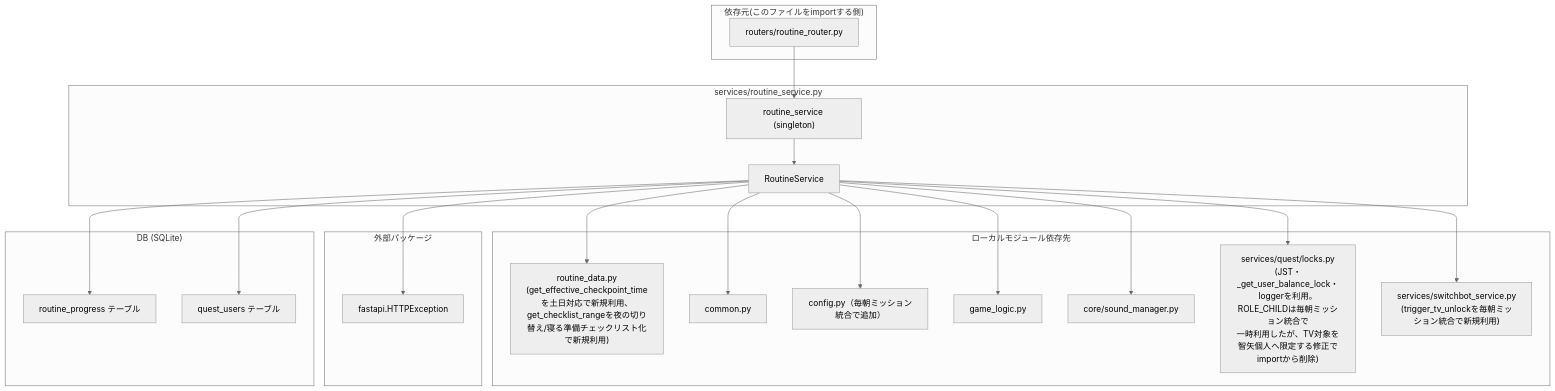
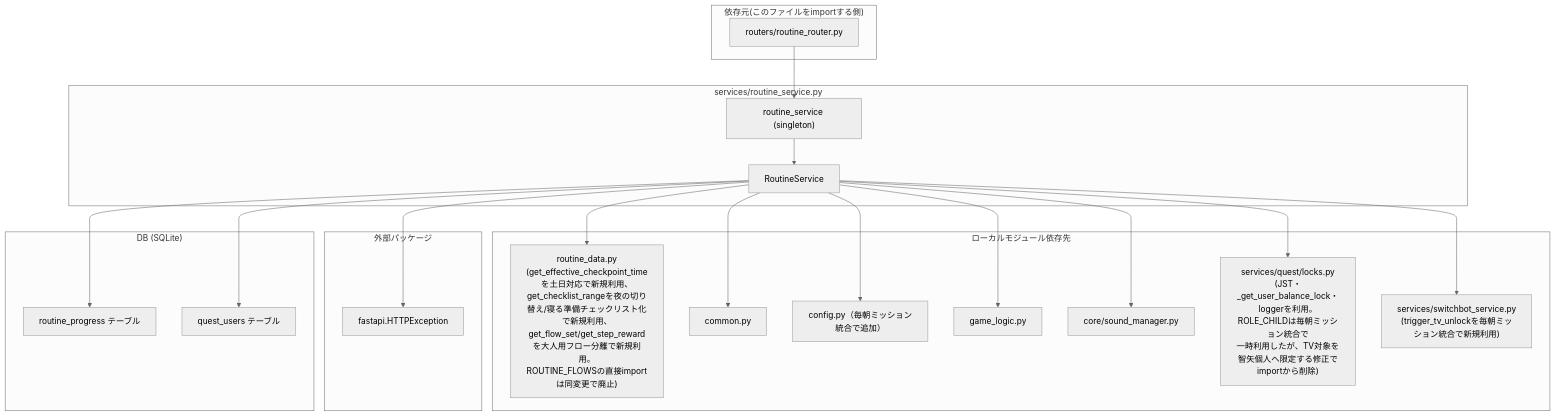
Before and after one commit to mmtigers/my_python_project: the fourth of 4 diagrams in docs/specifications/MY_HOME_SYSTEM/routine_service.md, drawn with Mermaid (neutral theme). The commit also changed other lines of this file and 19 other files, not shown here.

````diff
--- a/docs/specifications/MY_HOME_SYSTEM/routine_service.md
+++ b/docs/specifications/MY_HOME_SYSTEM/routine_service.md
@@ -674,49 +755,51 @@
 ```mermaid
 graph TD
     subgraph "services/routine_service.py"
         RoutineService
         routine_service_singleton["routine_service (singleton)"]
     end
 
     subgraph "ローカルモジュール依存先"
         routine_data["routine_data.py
 (get_effective_checkpoint_timeを土日対応で新規利用、
-get_checklist_rangeを夜の切り替え/寝る準備チェックリスト化で新規利用)"]
+get_checklist_rangeを夜の切り替え/寝る準備チェックリスト化で新規利用、
+get_flow_set/get_step_rewardを大人用フロー分離で新規利用。
+ROUTINE_FLOWSの直接importは同変更で廃止)"]
         common_mod["common.py"]
         config_mod["config.py（毎朝ミッション統合で追加）"]
         game_logic_mod["game_logic.py"]
         sound_manager_mod["core/sound_manager.py"]
         quest_locks["services/quest/locks.py
 (JST・_get_user_balance_lock・loggerを利用。ROLE_CHILDは毎朝ミッション統合で
 一時利用したが、TV対象を智矢個人へ限定する修正でimportから削除)"]
         switchbot_mod["services/switchbot_service.py
 (trigger_tv_unlockを毎朝ミッション統合で新規利用)"]
     end
 
     subgraph "外部パッケージ"
         fastapi_exc["fastapi.HTTPException"]
     end
 
     subgraph "DB (SQLite)"
         routine_progress_table["routine_progress テーブル"]
         quest_users_table["quest_users テーブル"]
     end
 
     subgraph "依存元(このファイルをimportする側)"
         routine_router["routers/routine_router.py"]
     end
 
     RoutineService --> routine_data
     RoutineService --> common_mod
     RoutineService --> config_mod
     RoutineService --> game_logic_mod
     RoutineService --> sound_manager_mod
     RoutineService --> quest_locks
     RoutineService --> switchbot_mod
     RoutineService --> fastapi_exc
     RoutineService --> routine_progress_table
     RoutineService --> quest_users_table
     routine_service_singleton --> RoutineService
 
     routine_router --> routine_service_singleton
 ```
````
